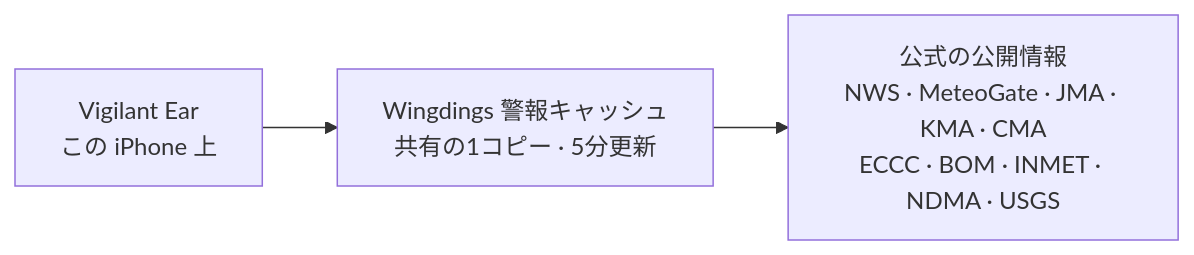
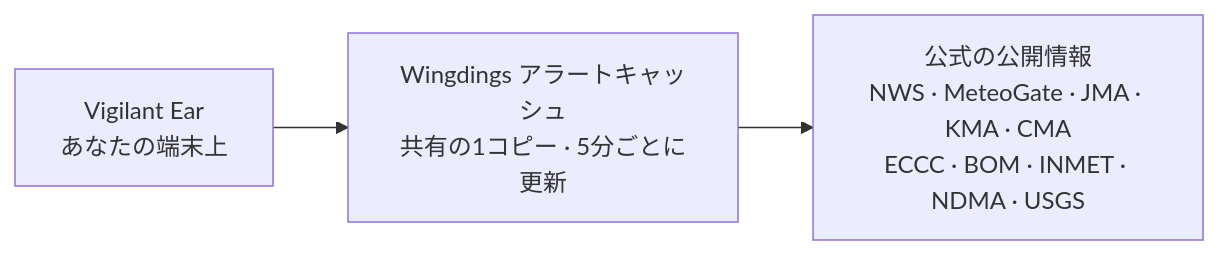
One commit to rpalm01-star/VigilantEarLegal changed the fourth of 4 diagrams in README_ja.md. Above: the diagram before and after it, drawn with Mermaid. The commit also changed other lines of this file and 29 other files, not shown here.

````diff
--- a/README_ja.md
+++ b/README_ja.md
@@ -162,5 +171,5 @@
 ```mermaid
 graph LR
-    P1["Vigilant Ear<br/>この iPhone 上"] --> W["Wingdings 警報キャッシュ<br/>共有の1コピー · 5分更新"]
+    P1["Vigilant Ear<br/>あなたの端末上"] --> W["Wingdings アラートキャッシュ<br/>共有の1コピー · 5分ごとに更新"]
     W --> N["公式の公開情報<br/>NWS · MeteoGate · JMA · KMA · CMA<br/>ECCC · BOM · INMET · NDMA · USGS"]
 ```
````
